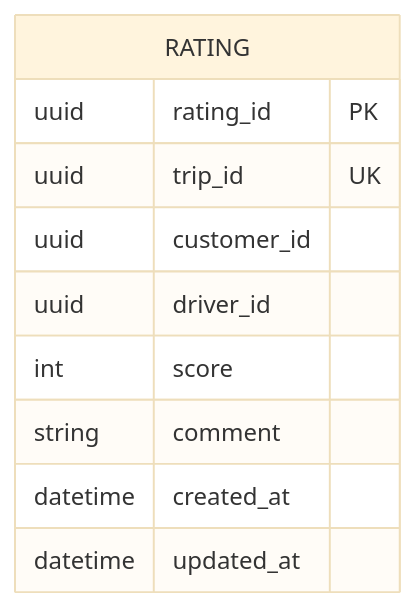
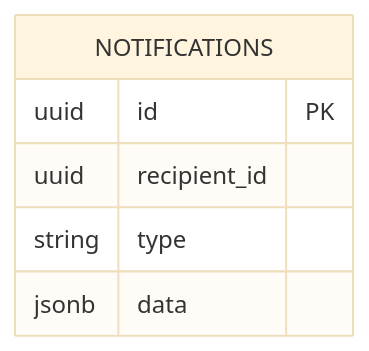
One commit to vthaix/23674231_TranVanThai_Cabsystem changed the seventh of 7 diagrams in microservice_design.md. Above: the diagram before and after it, drawn with Mermaid (base theme). The commit also changed other lines of this file and 3 other files, not shown here.

````diff
--- a/microservice_design.md
+++ b/microservice_design.md
@@ -1770,13 +619,9 @@
 ```mermaid
 erDiagram
-    RATING {
-        uuid rating_id PK
-        uuid trip_id UK
-        uuid customer_id
-        uuid driver_id
-        int score
-        string comment
-        datetime created_at
-        datetime updated_at
+    NOTIFICATIONS {
+        uuid id PK
+        uuid recipient_id
+        string type
+        jsonb data
     }
 ```
````
